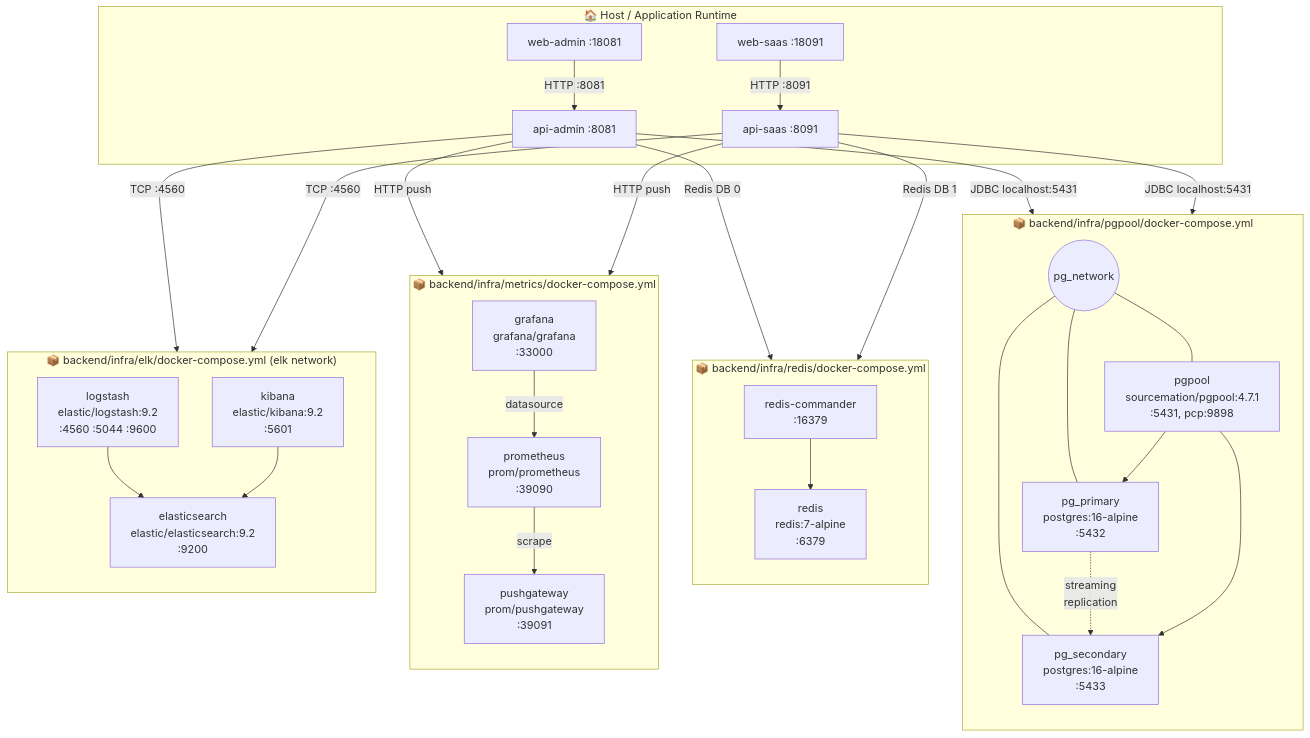
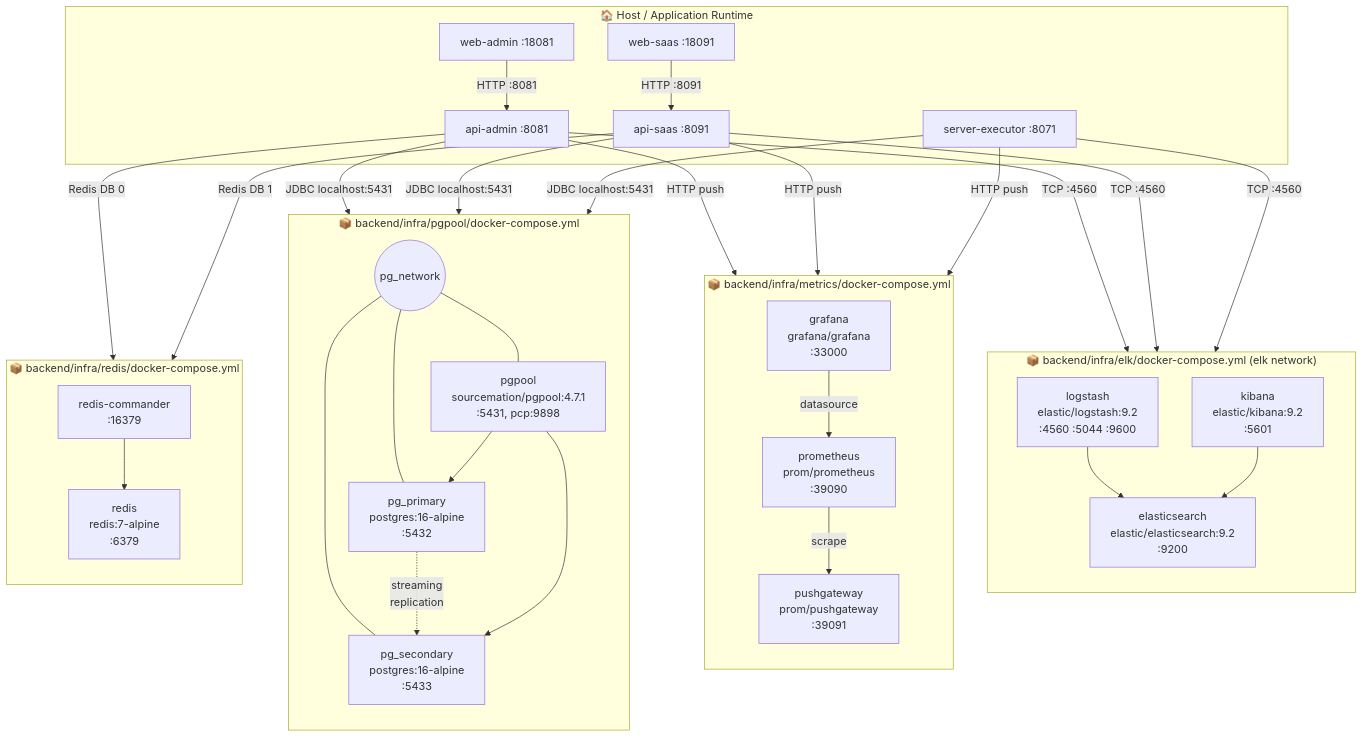
One commit to wantedhooni/portfolio changed the ninth of 12 diagrams in core-banking/PORTFOLIO.md. Above: the diagram before and after it, drawn with Mermaid. The commit also changed other lines of this file and 3 other files, not shown here.

````diff
--- a/core-banking/PORTFOLIO.md
+++ b/core-banking/PORTFOLIO.md
@@ -395,60 +421,64 @@
 ```mermaid
 flowchart TB
     subgraph HostApps["🏠 Host / Application Runtime"]
         webAdminApp["web-admin :18081"]
         webSaasApp["web-saas :18091"]
         apiAdminApp["api-admin :8081"]
         apiSaasApp["api-saas :8091"]
+        executorApp["server-executor :8071"]
     end
 
     subgraph Compose1["📦 backend/infra/pgpool/docker-compose.yml"]
         direction TB
         pgNet(("pg_network"))
         pgPrimary["pg_primary<br/>postgres:16-alpine<br/>:5432"]
         pgSecondary["pg_secondary<br/>postgres:16-alpine<br/>:5433"]
         pgpoolSvc["pgpool<br/>sourcemation/pgpool:4.7.1<br/>:5431, pcp:9898"]
         pgNet --- pgPrimary
         pgNet --- pgSecondary
         pgNet --- pgpoolSvc
         pgPrimary -.->|"streaming<br/>replication"| pgSecondary
         pgpoolSvc --> pgPrimary
         pgpoolSvc --> pgSecondary
     end
 
     subgraph Compose2["📦 backend/infra/redis/docker-compose.yml"]
         direction TB
         redisSvc["redis<br/>redis:7-alpine<br/>:6379"]
         redisCmd["redis-commander<br/>:16379"]
         redisCmd --> redisSvc
     end
 
     subgraph Compose3["📦 backend/infra/metrics/docker-compose.yml"]
         direction TB
         pushGw["pushgateway<br/>prom/pushgateway<br/>:39091"]
         promSvc["prometheus<br/>prom/prometheus<br/>:39090"]
         grafSvc["grafana<br/>grafana/grafana<br/>:33000"]
         promSvc -->|scrape| pushGw
         grafSvc -->|datasource| promSvc
     end
 
     subgraph Compose4["📦 backend/infra/elk/docker-compose.yml (elk network)"]
         direction TB
         logSvc["logstash<br/>elastic/logstash:9.2<br/>:4560 :5044 :9600"]
         esSvc["elasticsearch<br/>elastic/elasticsearch:9.2<br/>:9200"]
         kibSvc["kibana<br/>elastic/kibana:9.2<br/>:5601"]
         logSvc --> esSvc
         kibSvc --> esSvc
     end
 
     apiAdminApp -->|JDBC localhost:5431| pgpoolSvc
     apiSaasApp  -->|JDBC localhost:5431| pgpoolSvc
+    executorApp -->|JDBC localhost:5431| pgpoolSvc
     apiAdminApp -->|Redis DB 0| redisSvc
     apiSaasApp  -->|Redis DB 1| redisSvc
     apiAdminApp -->|TCP :4560| logSvc
     apiSaasApp  -->|TCP :4560| logSvc
+    executorApp -->|TCP :4560| logSvc
     apiAdminApp -->|HTTP push| pushGw
     apiSaasApp  -->|HTTP push| pushGw
+    executorApp -->|HTTP push| pushGw
 
     webAdminApp -->|HTTP :8081| apiAdminApp
     webSaasApp  -->|HTTP :8091| apiSaasApp
 ```
````
